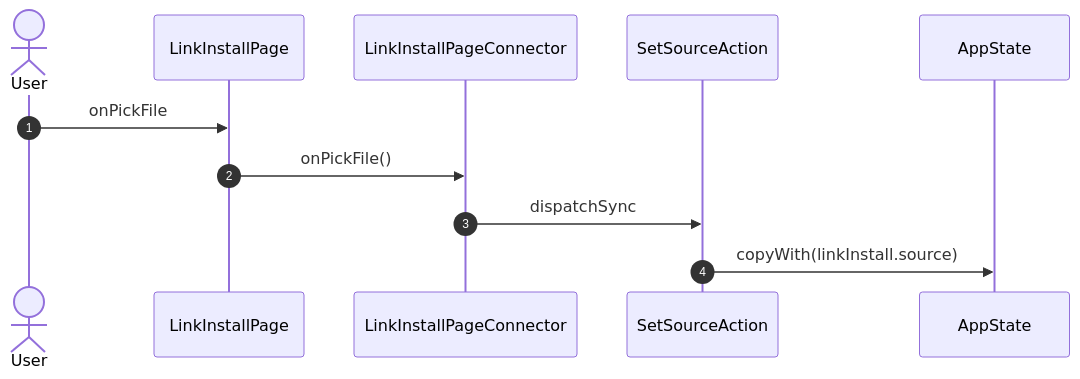
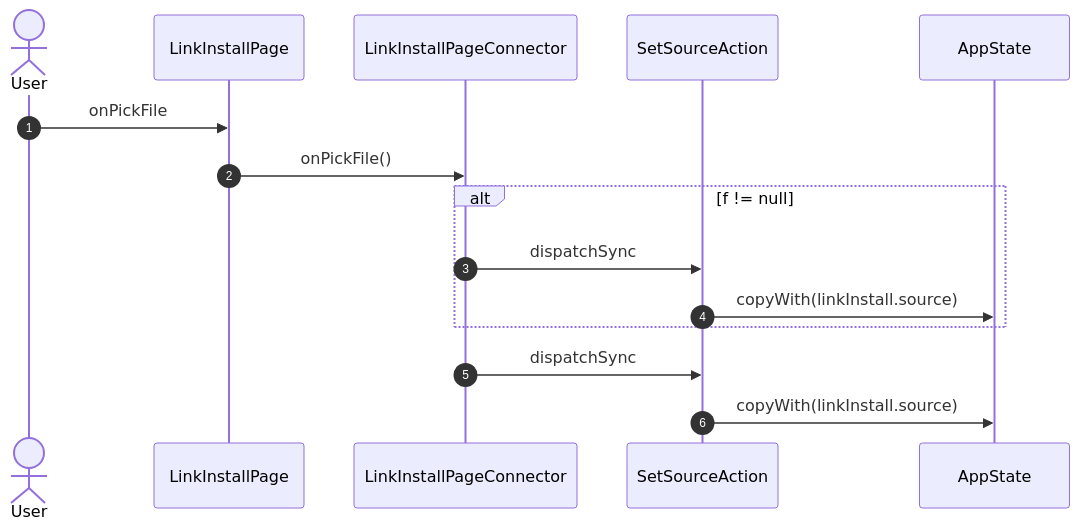
One commit to gencto/wyrm changed the ninth of 15 diagrams in studio/docs/flows/linkInstall.md. Above: the diagram before and after it, drawn with Mermaid. The commit also changed other lines of this file and 87 other files, not shown here.

````diff
--- a/studio/docs/flows/linkInstall.md
+++ b/studio/docs/flows/linkInstall.md
@@ -155,14 +155,18 @@
 ```mermaid
 sequenceDiagram
     autonumber
     actor User
     participant UI as LinkInstallPage
     participant VM as LinkInstallPageConnector
     participant A1 as SetSourceAction
     participant ST as AppState
 
     User->>UI: onPickFile
     UI->>VM: onPickFile()
+    alt f != null
+        VM->>A1: dispatchSync
+        A1->>ST: copyWith(linkInstall.source)
+    end
     VM->>A1: dispatchSync
     A1->>ST: copyWith(linkInstall.source)
 ```
````
